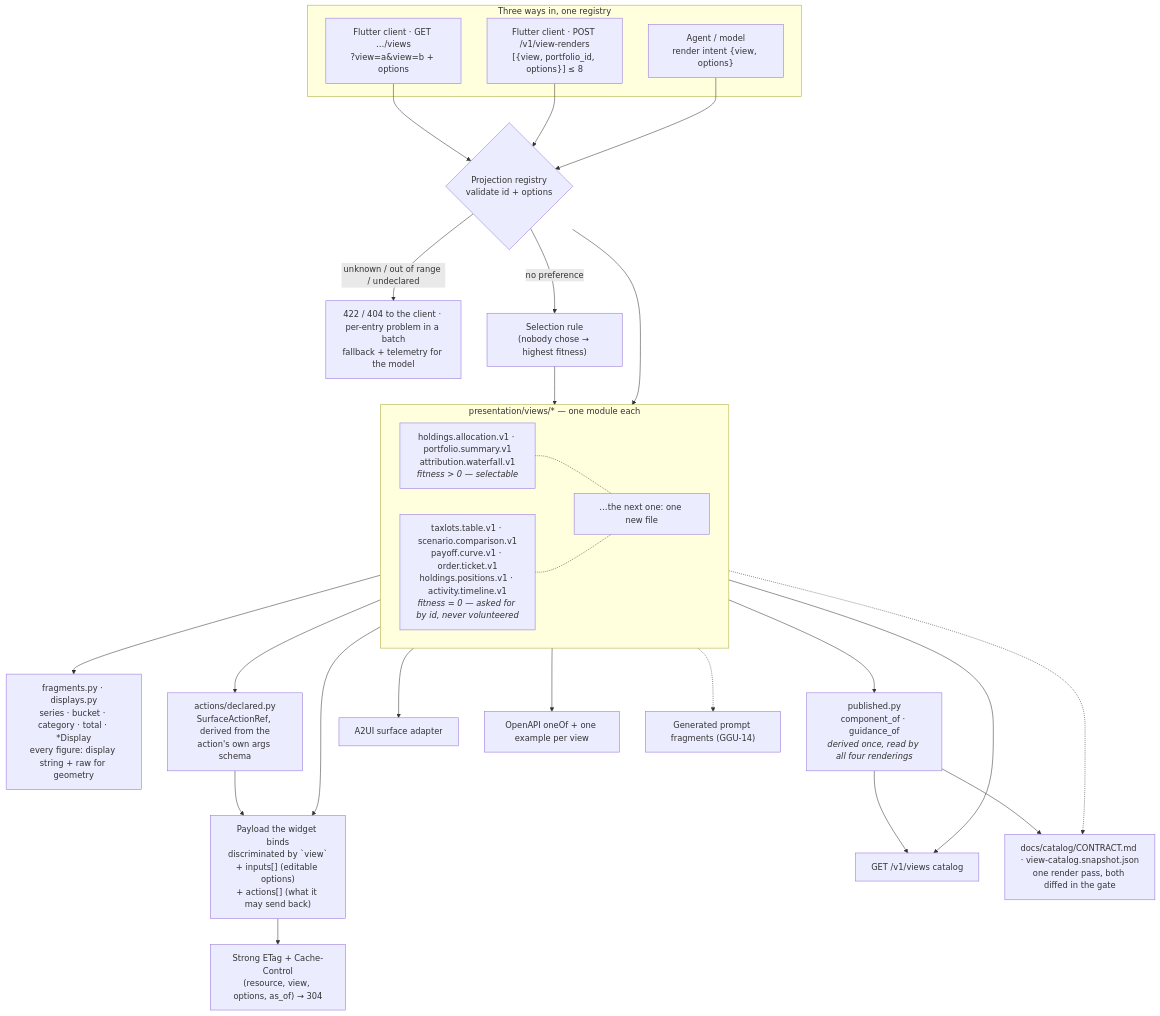
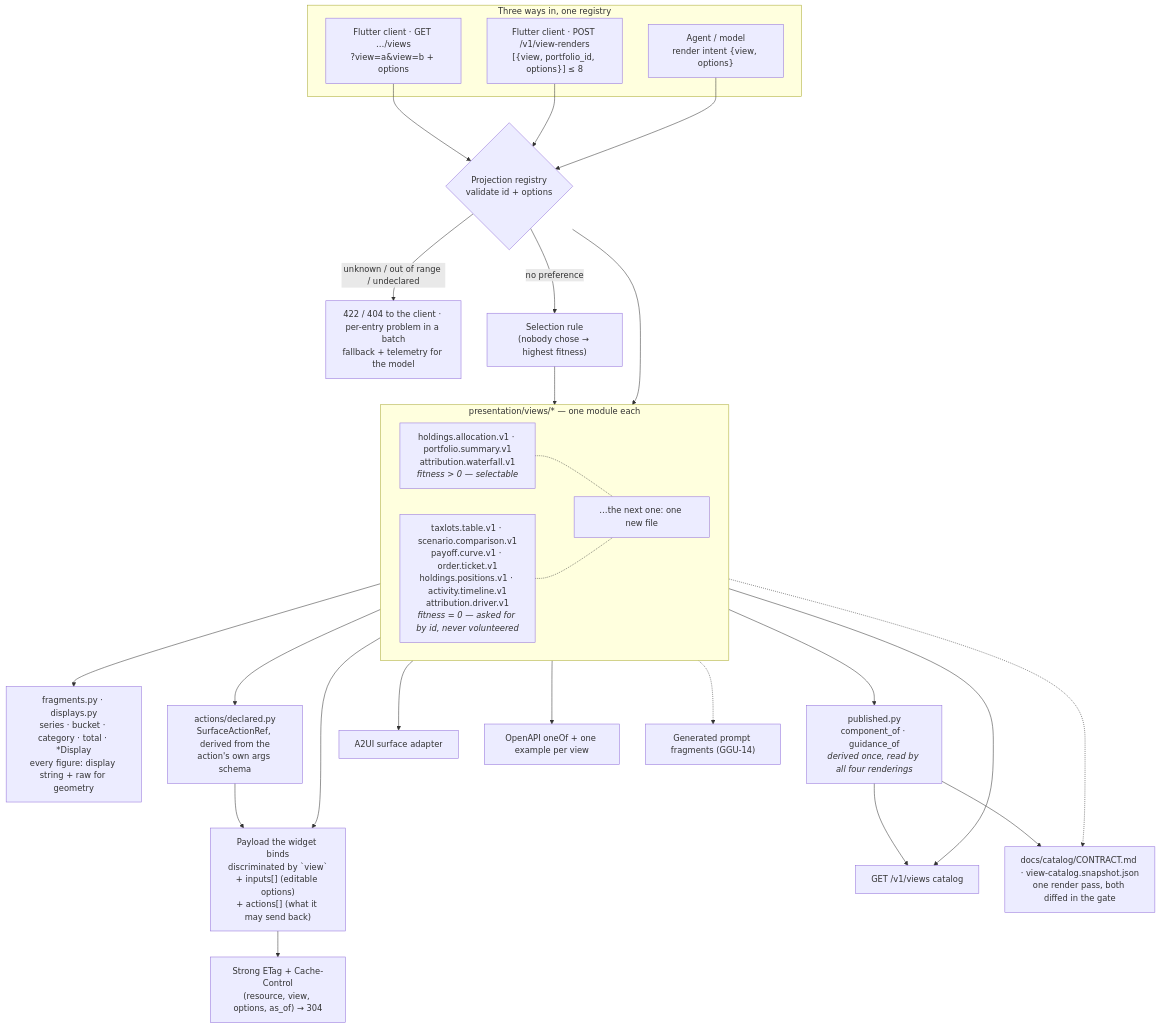
One commit to somnio-projects/finance-google-a2ui changed the diagram in docs/diagrams/06-response-shaping.md. Above: the diagram before and after it, drawn with Mermaid. The commit also changed other lines of this file and 55 other files, not shown here.

````diff
--- a/docs/diagrams/06-response-shaping.md
+++ b/docs/diagrams/06-response-shaping.md
@@ -7,77 +7,77 @@
 ```mermaid
 flowchart TB
     subgraph callers["Three ways in, one registry"]
         cl["Flutter client · GET …/views<br/>?view=a&view=b + options"]
         batch["Flutter client · POST /v1/view-renders<br/>[{view, portfolio_id, options}] ≤ 8"]
         ag["Agent / model<br/>render intent {view, options}"]
     end
     reg{"Projection registry<br/>validate id + options"}
     rej["422 / 404 to the client · per-entry problem in a batch<br/>fallback + telemetry for the model"]
     sel["Selection rule<br/>(nobody chose → highest fitness)"]
     subgraph views["presentation/views/* — one module each"]
         v1["holdings.allocation.v1 · portfolio.summary.v1<br/>attribution.waterfall.v1<br/><i>fitness > 0 — selectable</i>"]
-        v2["taxlots.table.v1 · scenario.comparison.v1<br/>payoff.curve.v1 · order.ticket.v1<br/>holdings.positions.v1 · activity.timeline.v1<br/><i>fitness = 0 — asked for by id, never volunteered</i>"]
+        v2["taxlots.table.v1 · scenario.comparison.v1<br/>payoff.curve.v1 · order.ticket.v1<br/>holdings.positions.v1 · activity.timeline.v1<br/>attribution.driver.v1<br/><i>fitness = 0 — asked for by id, never volunteered</i>"]
         vn["…the next one: one new file"]
     end
     frag["fragments.py · displays.py<br/>series · bucket · category · total · *Display<br/>every figure: display string + raw for geometry"]
     decl["actions/declared.py<br/>SurfaceActionRef, derived from the<br/>action's own args schema"]
     pub["published.py<br/>component_of · guidance_of<br/><i>derived once, read by all four renderings</i>"]
     out["Payload the widget binds<br/>discriminated by `view`<br/>+ inputs[] (editable options)<br/>+ actions[] (what it may send back)"]
     etag["Strong ETag + Cache-Control<br/>(resource, view, options, as_of) → 304"]
     a2ui["A2UI surface adapter"]
     cat["GET /v1/views catalog"]
     oa["OpenAPI oneOf + one example per view"]
     pf["Generated prompt fragments (GGU-14)"]
     doc["docs/catalog/CONTRACT.md · view-catalog.snapshot.json<br/>one render pass, both diffed in the gate"]
 
     cl --> reg
     batch --> reg
     ag --> reg
     reg -- "unknown / out of range / undeclared" --> rej
     reg -- "no preference" --> sel --> views
     reg --> views
     views --> frag
     views --> decl --> out
     views --> out
     out --> etag
     views --> a2ui
     views --> pub
     pub --> cat
     pub --> doc
     views --> cat
     views --> oa
     views -.-> pf
     views -.-> doc
     v1 -.- vn
     v2 -.- vn
 
     %% Registering once publishes to five consumers; adding a chart touches
     %% only its own module (ADR-K D-14, D-15) — views/ is auto-discovered,
     %% so not even an import line is edited.
     %% The frozen contract is published twice from ONE registry read: Markdown
     %% for the designer (GGU-41) and JSON for the Flutter catalog test
     %% (GGU-53). A third rendering is one entry in catalog_artifacts.ARTIFACTS.
     %% The batch is a RESOURCE, not an RPC call: POST creates it, 201 returns
     %% it inline, and EVERY entry carries its own status, so one bad view
     %% never sinks the others (ADR-K D-18).
     %% The client's rejection is a 422/404; inside a batch it is that entry's
     %% problem document; the model's is a recorded fallback (ADR-K D-12).
     %% ETag covers the two GET reads only: a POST batch is not revalidated.
     %% A payload declares interactivity TWICE and the two must agree, which
     %% is what GGU-78 found they did not:
     %%   inputs[]  — the editable options, each named EXACTLY as the option
     %%               that sets it, which is what the contract document reads
     %%               to fill its Input column (spec 0019 OD-3)
     %%   actions[] — what a tap may send BACK, and that is a new agent turn,
     %%               not a re-render (spec 0022)
     %% The rule that keeps them apart: if the answer is the same view with
     %% different numbers it is an OPTION; if it is a new turn it is an ACTION.
     %% An ACTION is only invocable if the payload carries the VALUE it sends:
     %% Bucket.key is the symbol drill.attribution.v1 accepts, and before
     %% GGU-53 it did not exist, so the affordance was advertised and unusable.
     %% The COMPONENT NAME is the single string the Flutter client registers
     %% against, so it is derived from the adapter in published.py and never
     %% transcribed. It is compared against the design catalog, the snapshot
     %% and the Markdown by test_component_names.py (spec 0023) — four
     %% declarations of one fact, which is three more than can be trusted.
 ```
````
